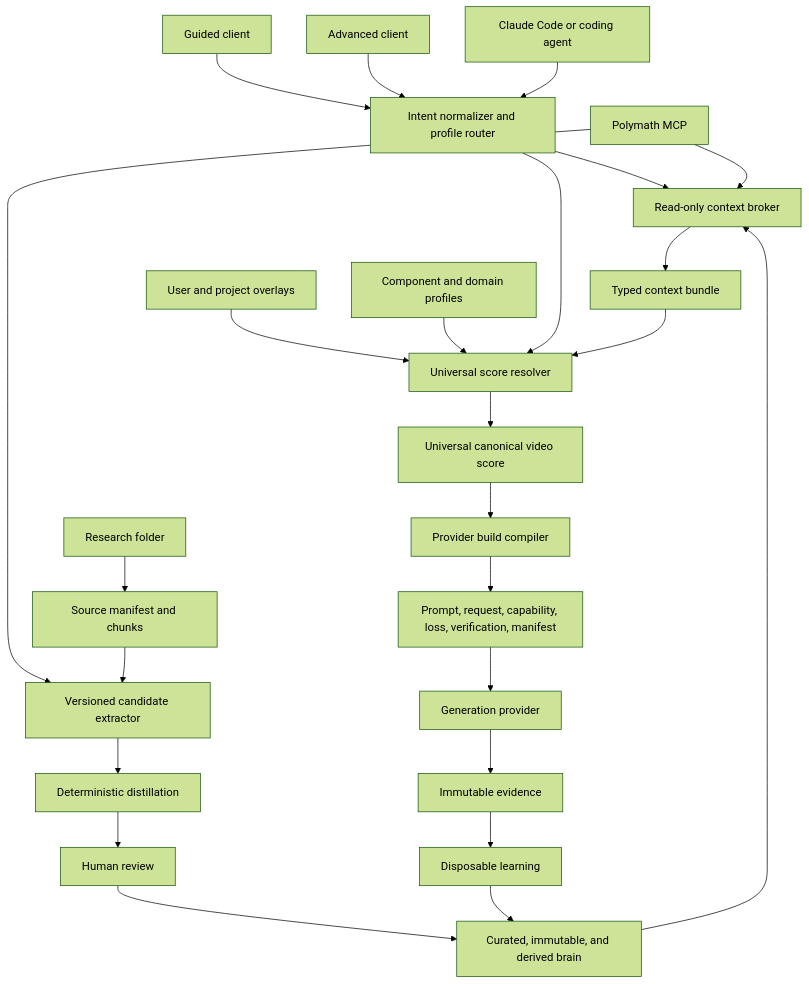
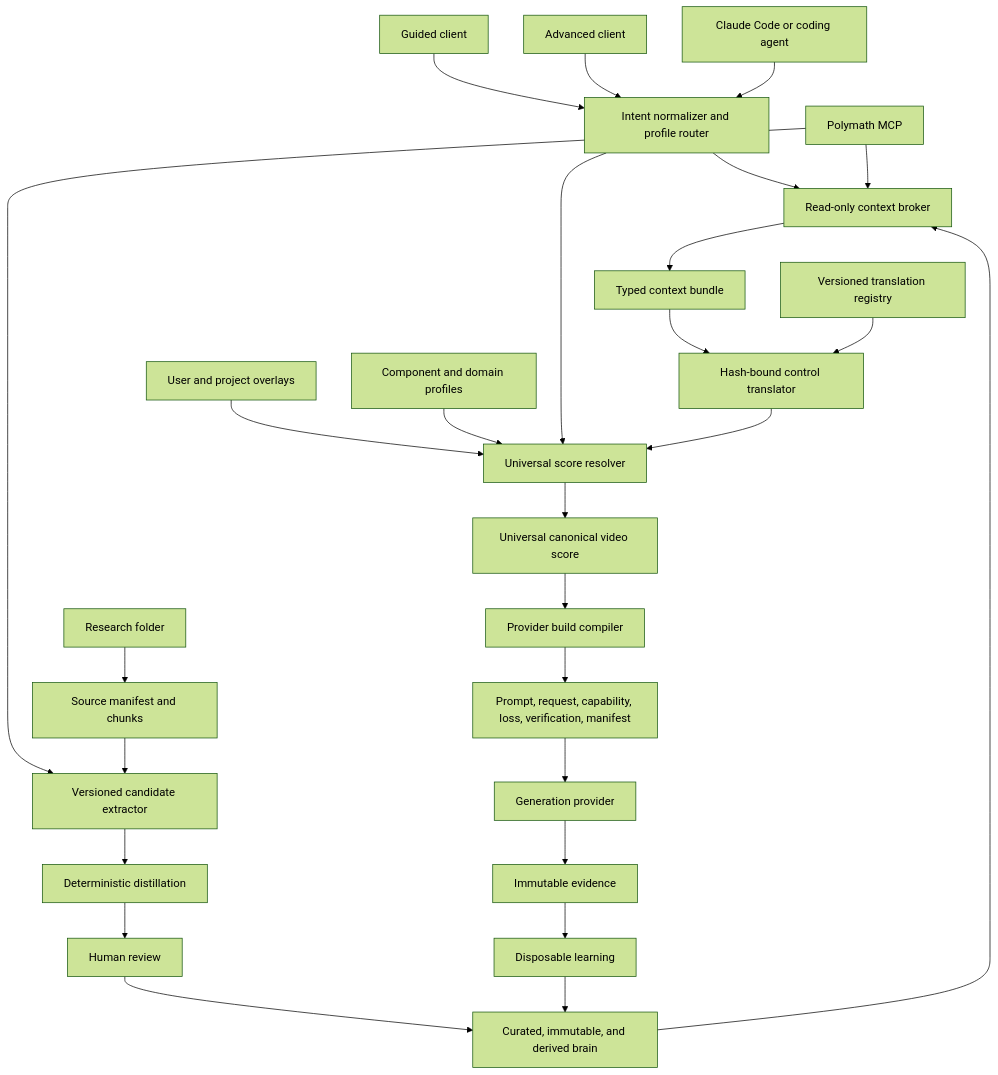
One commit to Kingsley-Cyber/ai-video-movement-prompt-system changed the third of 3 diagrams in ARCHITECTURE.md. Above: the diagram before and after it, drawn with Mermaid (forest theme). The commit also changed other lines of this file and 19 other files, not shown here.

````diff
--- a/ARCHITECTURE.md
+++ b/ARCHITECTURE.md
@@ -1029,29 +1042,31 @@
 ```mermaid
 flowchart TB
     Guided["Guided client"] --> Intent["Intent normalizer and profile router"]
     Advanced["Advanced client"] --> Intent
     Agent["Claude Code or coding agent"] --> Intent
     UserContext["User and project overlays"] --> Resolve["Universal score resolver"]
     Profiles["Component and domain profiles"] --> Resolve
     Intent --> Broker["Read-only context broker"]
     KB["Curated, immutable, and derived brain"] --> Broker
     Poly["Polymath MCP"] --> Broker
     Broker --> Context["Typed context bundle"]
     Intent --> Resolve
-    Context --> Resolve
+    Context --> Translate["Hash-bound control translator"]
+    TranslationRegistry["Versioned translation registry"] --> Translate
+    Translate --> Resolve
     Resolve --> Score["Universal canonical video score"]
 
     Folder["Research folder"] --> Source["Source manifest and chunks"]
     Poly --> Extract["Versioned candidate extractor"]
     Source --> Extract
     Extract --> Distill["Deterministic distillation"]
     Distill --> Review["Human review"]
     Review --> KB
 
     Score --> Compile["Provider build compiler"]
     Compile --> Build["Prompt, request, capability, loss, verification, manifest"]
     Build --> Render["Generation provider"]
     Render --> Record["Immutable evidence"]
     Record --> Reflect["Disposable learning"]
     Reflect --> KB
 ```
````
